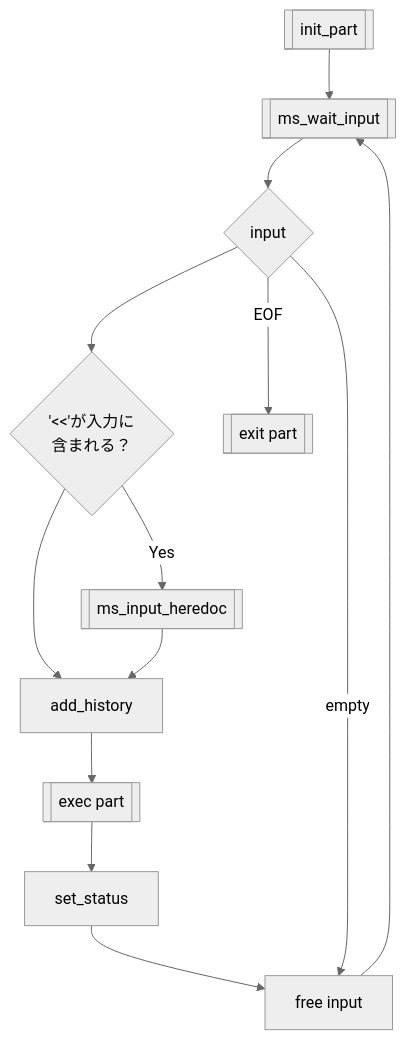
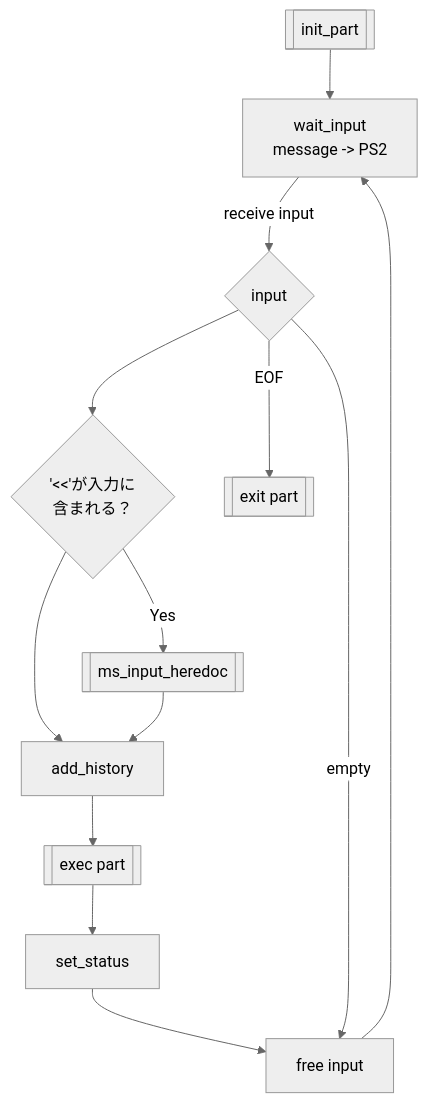
The first of 2 diagrams in docs/design_recive_input_2.md (PalmNeko/minishell), drawn with Mermaid (neutral theme) before and after one commit. The commit also changed other lines of this file, not shown here.

````diff
--- a/docs/design_recive_input_2.md
+++ b/docs/design_recive_input_2.md
@@ -62,33 +48,30 @@
 ```mermaid
 flowchart TD
 
 %%mainflow
 A[[init_part]]
-B[[ms_wait_input]]
+B[wait_input
+message -> PS2]
 C{"input"}
 %%D{ms_closing_check}
 E["add_history"]
 F[[exec part]]
 G[set_status]
 H[free input]
 
 
-A --> B --> C -->  HE_1 --> E --> F --> G --> H --> B
-
-%%notclose
-%%NC[[ms_input_not_closing]]
-%%D --> |No| NC --> HE_1
+A --> B -->|receive input| C -->  HE_1 --> E --> F --> G --> H --> B
 
 %%heredoc
 HE_1{"`'<<'が入力に
 含まれる？`"}
 HE_2[["ms_input_heredoc"]]
 HE_1 --> |Yes| HE_2--> E
 
 %%input_value
 C --> |empty| H
 C --> |EOF| END[[exit part]]
 %%exit
 
 
 ```
````
